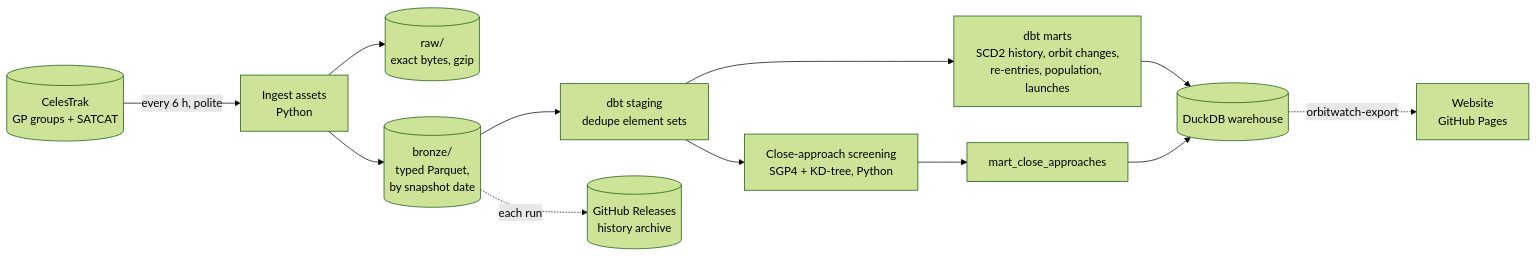
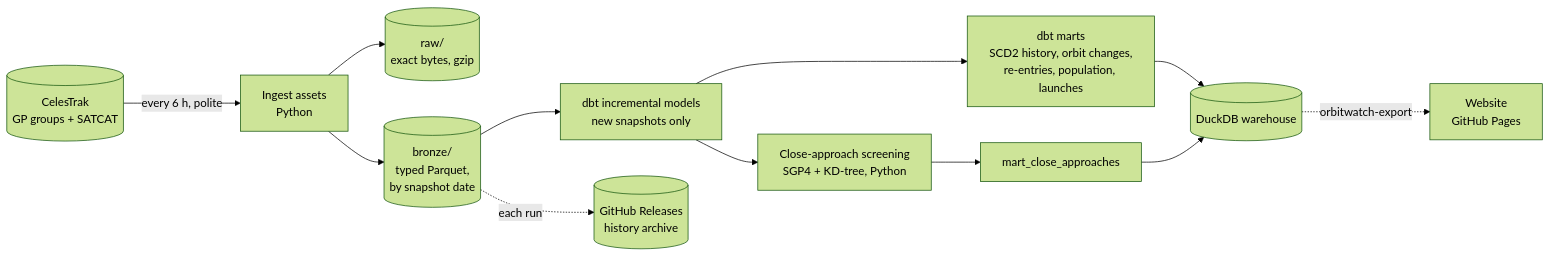
The diagram in README.md (smymuna/orbitwatch), drawn with Mermaid (forest theme) before and after one commit. The commit also changed other lines of this file and 22 other files, not shown here.

````diff
--- a/README.md
+++ b/README.md
@@ -48,14 +48,14 @@
 ```mermaid
 flowchart LR
     CT[(CelesTrak<br/>GP groups + SATCAT)] -->|every 6 h, polite| I[Ingest assets<br/>Python]
     I --> R[(raw/<br/>exact bytes, gzip)]
     I --> B[(bronze/<br/>typed Parquet,<br/>by snapshot date)]
-    B --> S[dbt staging<br/>dedupe element sets]
+    B --> S[dbt incremental models<br/>new snapshots only]
     S --> M[dbt marts<br/>SCD2 history, orbit changes,<br/>re-entries, population, launches]
     S --> C[Close-approach screening<br/>SGP4 + KD-tree, Python]
     C --> M2[mart_close_approaches]
     M --> W[(DuckDB warehouse)]
     M2 --> W
     B -.->|each run| GR[(GitHub Releases<br/>history archive)]
     W -.->|orbitwatch-export| WEB[Website<br/>GitHub Pages]
 ```
````
